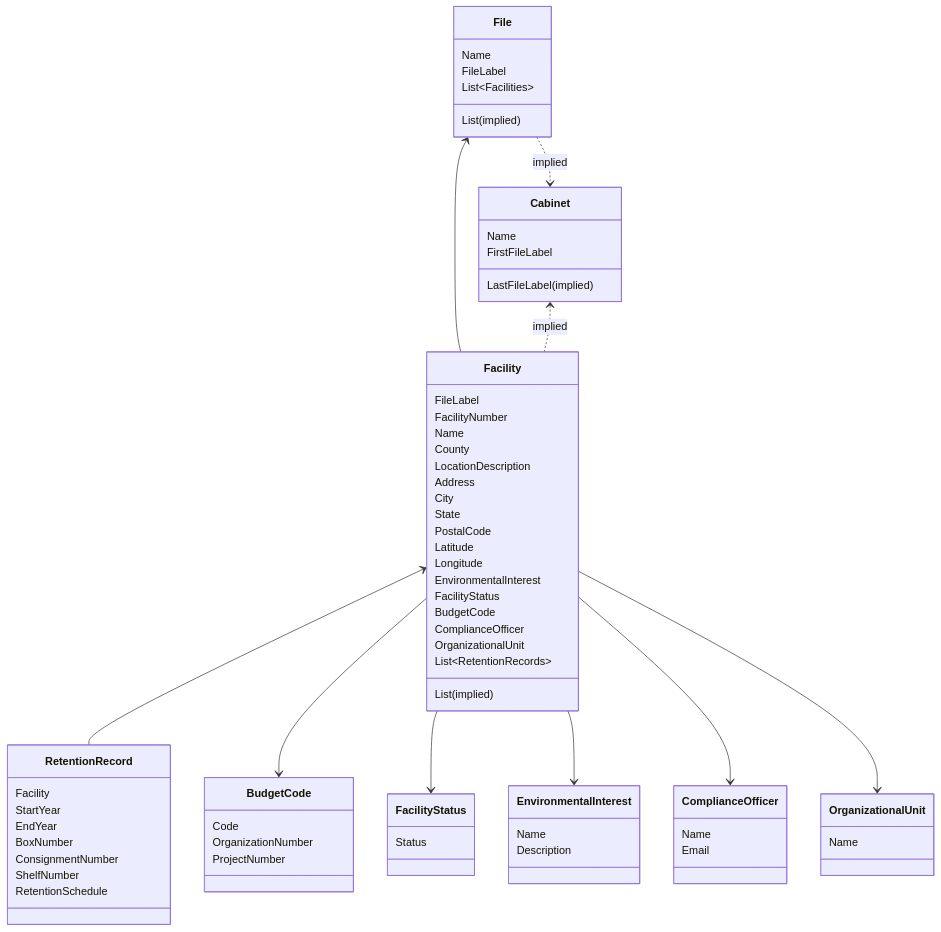
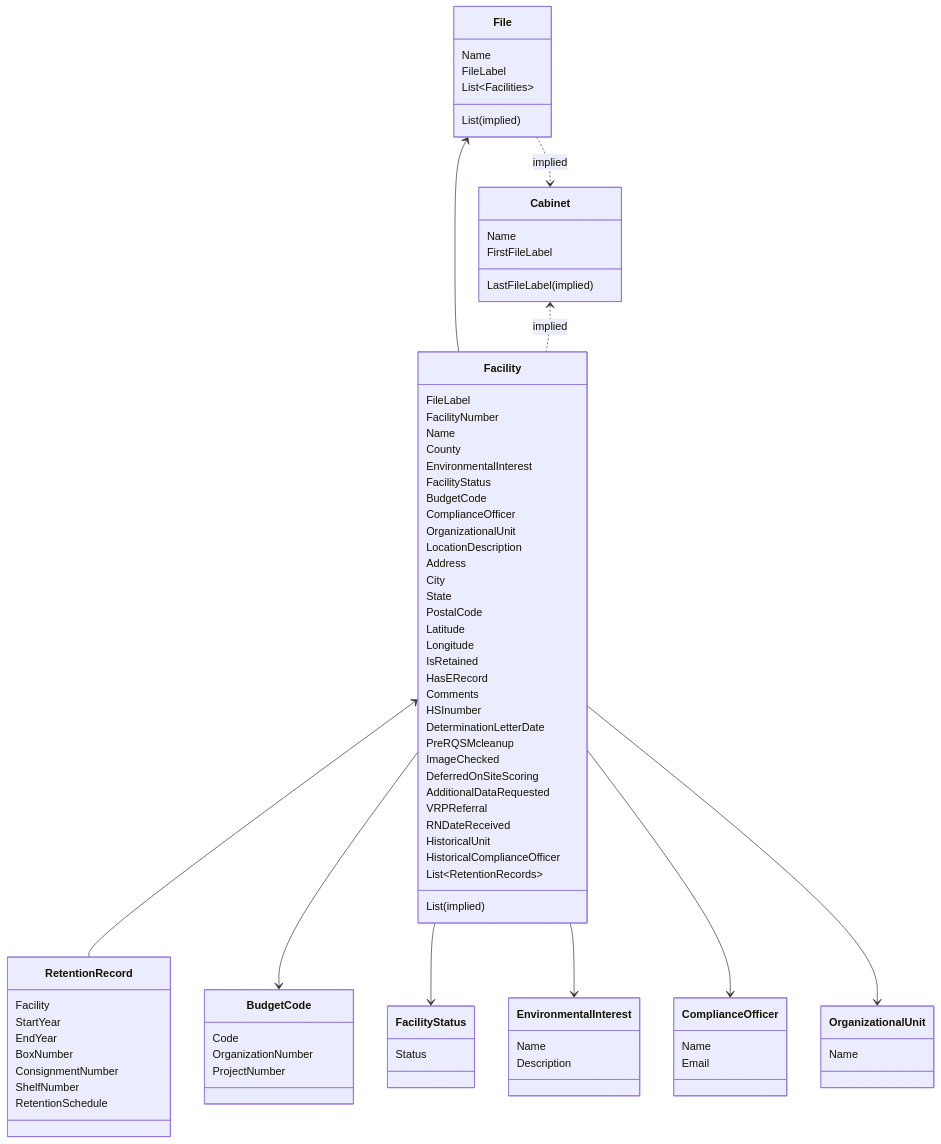
The diagram in docs/ER-diagram.md (gaepdit/FMS), drawn with Mermaid before and after one commit.

```diff
--- a/docs/ER-diagram.md
+++ b/docs/ER-diagram.md
@@ -35,6 +35,11 @@
     FacilityNumber
     Name
     County
+    EnvironmentalInterest
+    FacilityStatus
+    BudgetCode
+    ComplianceOfficer
+    OrganizationalUnit
     LocationDescription
     Address
     City
@@ -42,11 +47,19 @@
     PostalCode
     Latitude
     Longitude
-    EnvironmentalInterest
-    FacilityStatus
-    BudgetCode
-    ComplianceOfficer
-    OrganizationalUnit
+    IsRetained
+    HasERecord
+    Comments
+    HSInumber
+    DeterminationLetterDate
+    PreRQSMcleanup
+    ImageChecked
+    DeferredOnSiteScoring
+    AdditionalDataRequested
+    VRPReferral
+    RNDateReceived
+    HistoricalUnit
+    HistoricalComplianceOfficer
     List~RetentionRecords~
 
     List<Cabinets> (implied)
```
